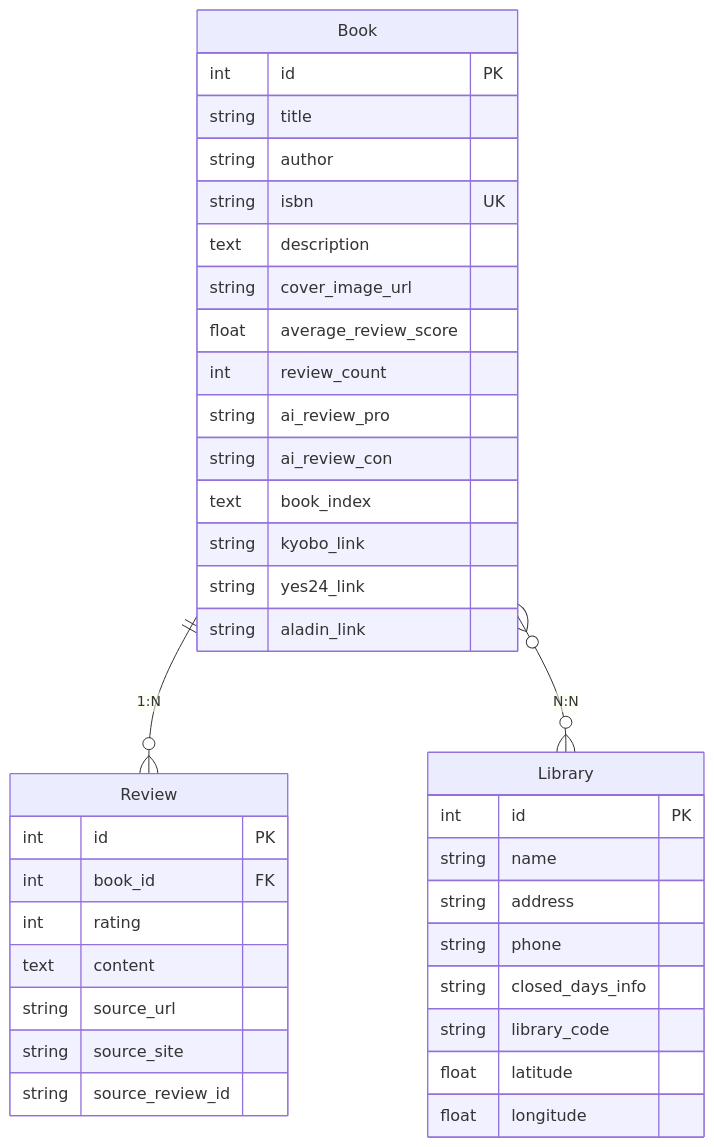
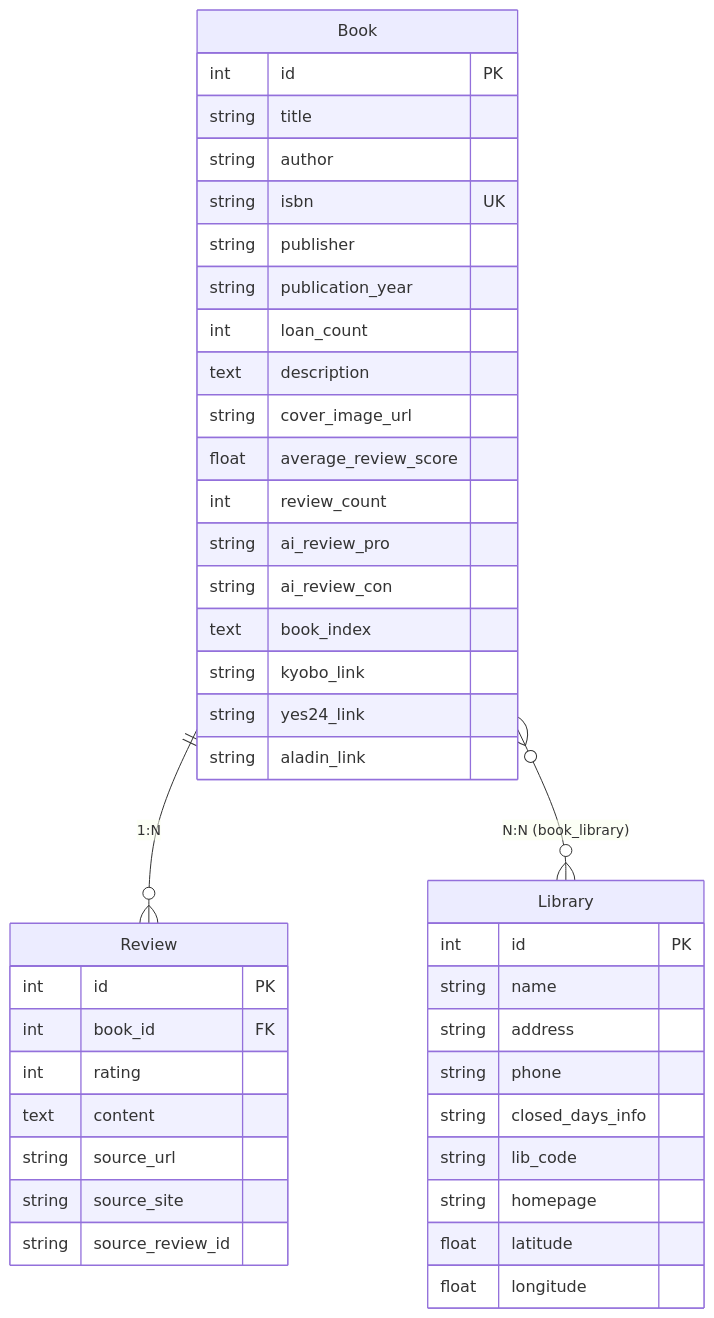
Before and after one commit to yanJuicy/dadocreview: the fourth of 4 diagrams in README.md, drawn with Mermaid. The commit also changed other lines of this file, not shown here.

````diff
--- a/README.md
+++ b/README.md
@@ -179,43 +189,47 @@
 ```mermaid
 erDiagram
     Book ||--o{ Review : "1:N"
-    Book }o--o{ Library : "N:N"
+    Book }o--o{ Library : "N:N (book_library)"
 
     Book {
         int id PK
         string title
         string author
         string isbn UK
+        string publisher
+        string publication_year
+        int loan_count
         text description
         string cover_image_url
         float average_review_score
         int review_count
         string ai_review_pro
         string ai_review_con
         text book_index
         string kyobo_link
         string yes24_link
         string aladin_link
     }
 
     Review {
         int id PK
         int book_id FK
         int rating
         text content
         string source_url
         string source_site
         string source_review_id
     }
 
     Library {
         int id PK
         string name
         string address
         string phone
         string closed_days_info
-        string library_code
+        string lib_code
+        string homepage
         float latitude
         float longitude
     }
 ```
````
